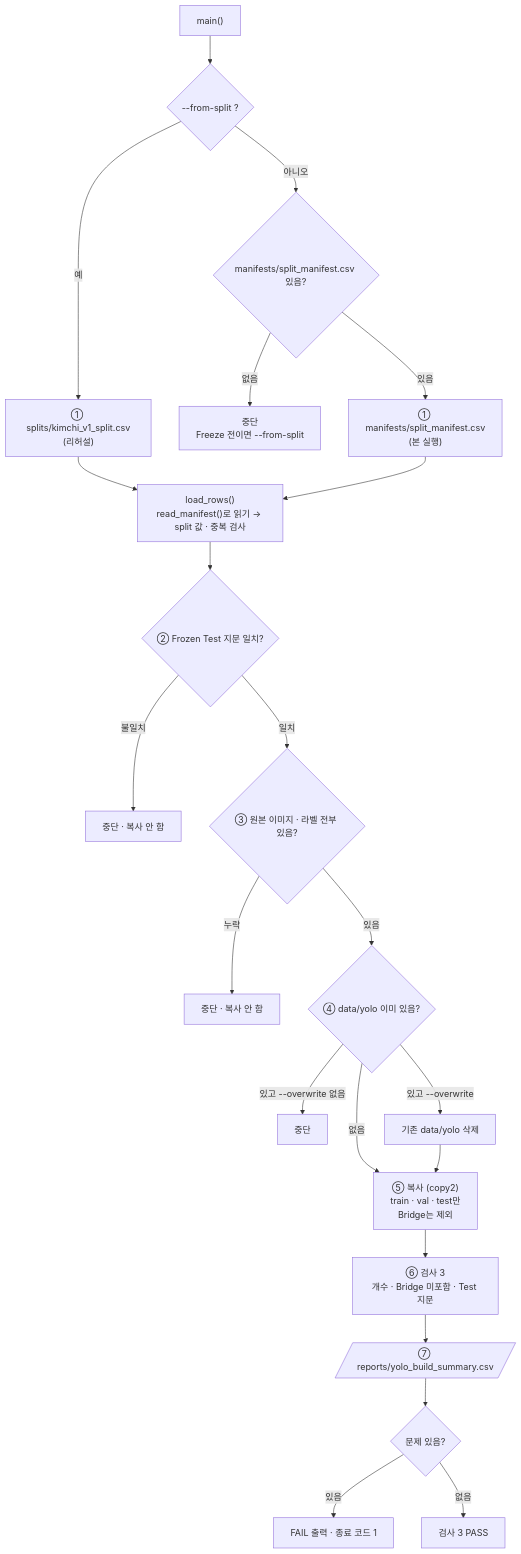
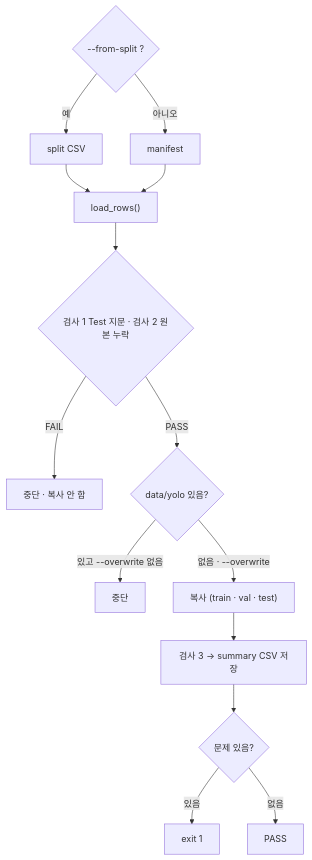
Before and after one commit to howolcat/prj2026.10: the diagram in prj08/docs/code_review/scripts/08_build_yolo_dataset.md, drawn with Mermaid. The commit also changed other lines of this file and 25 other files, not shown here.

````diff
--- a/prj08/docs/code_review/scripts/08_build_yolo_dataset.md
+++ b/prj08/docs/code_review/scripts/08_build_yolo_dataset.md
@@ -36,24 +37,16 @@
 ```mermaid
 flowchart TD
-    A["main()"] --> B{"--from-split ?"}
-    B -->|예| C["① splits/kimchi_v1_split.csv<br/>(리허설)"]
-    B -->|아니오| D{"manifests/split_manifest.csv 있음?"}
-    D -->|없음| X["중단<br/>Freeze 전이면 --from-split"]
-    D -->|있음| E["① manifests/split_manifest.csv<br/>(본 실행)"]
-    C --> F["load_rows()<br/>read_manifest()로 읽기 → split 값 · 중복 검사"]
-    E --> F
-    F --> G{"② Frozen Test 지문 일치?"}
-    G -->|불일치| X2["중단 · 복사 안 함"]
-    G -->|일치| H{"③ 원본 이미지 · 라벨 전부 있음?"}
-    H -->|누락| X3["중단 · 복사 안 함"]
-    H -->|있음| I{"④ data/yolo 이미 있음?"}
-    I -->|있고 --overwrite 없음| X4["중단"]
-    I -->|있고 --overwrite| J["기존 data/yolo 삭제"]
-    I -->|없음| K
-    J --> K["⑤ 복사 (copy2)<br/>train · val · test만<br/>Bridge는 제외"]
-    K --> L["⑥ 검사 3<br/>개수 · Bridge 미포함 · Test 지문"]
-    L --> M[/"⑦ reports/yolo_build_summary.csv"/]
-    M --> N{"문제 있음?"}
-    N -->|있음| O["FAIL 출력 · 종료 코드 1"]
-    N -->|없음| P["검사 3 PASS"]
+    A{"--from-split ?"} -->|예| B["split CSV"]
+    A -->|아니오| C["manifest"]
+    B --> D["load_rows()"]
+    C --> D
+    D --> E{"검사 1 Test 지문 · 검사 2 원본 누락"}
+    E -->|FAIL| X["중단 · 복사 안 함"]
+    E -->|PASS| F{"data/yolo 있음?"}
+    F -->|있고 --overwrite 없음| Y["중단"]
+    F -->|없음 · --overwrite| G["복사 (train · val · test)"]
+    G --> H["검사 3 → summary CSV 저장"]
+    H --> I{"문제 있음?"}
+    I -->|있음| Z["exit 1"]
+    I -->|없음| J["PASS"]
 ```
````
